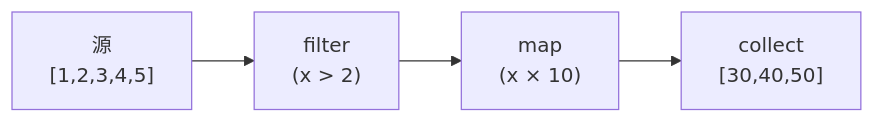
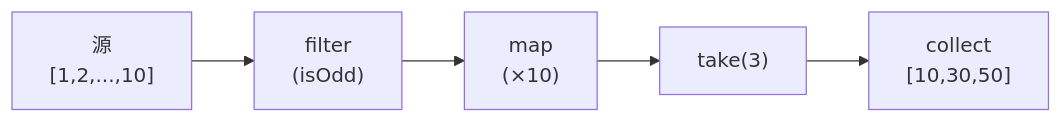
Before and after one commit to zzh0u/battle-tested-patterns: the diagram in docs/zh/patterns/iterator/index.md, drawn with Mermaid. The commit also changed 1 other file, not shown here.

Commit message:
fix: unify iterator pattern diagram with interactive component
The doc showed Source [1,2,3,4,5] with filter(x > 2) but the
interactive component uses [1..10] with filter(isOdd) + take(3).
Updated both EN and ZH diagrams to match the component pipeline.

````diff
--- a/docs/zh/patterns/iterator/index.md
+++ b/docs/zh/patterns/iterator/index.md
@@ -15,4 +15,4 @@
 ```mermaid
 flowchart LR
-    S["源\n[1,2,3,4,5]"] --> F["filter\n(x > 2)"] --> M["map\n(x × 10)"] --> C["collect\n[30,40,50]"]
+    S["源\n[1,2,...,10]"] --> F["filter\n(isOdd)"] --> M["map\n(×10)"] --> T["take(3)"] --> C["collect\n[10,30,50]"]
 ```
````
